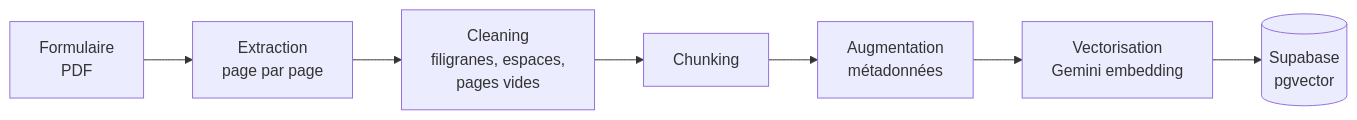
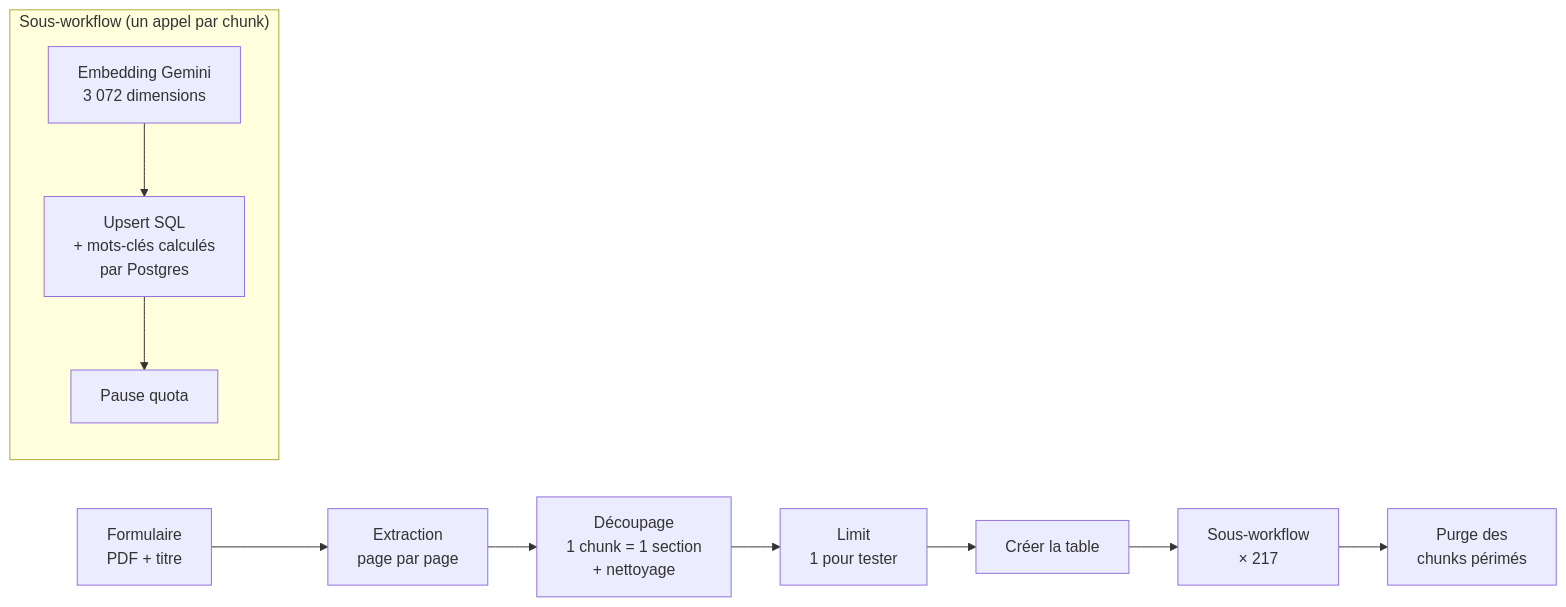
The first of 2 diagrams in README.md (noenoenoenoenoe/m2-n8n), drawn with Mermaid before and after one commit. The commit also changed other lines of this file, not shown here.

````diff
--- a/README.md
+++ b/README.md
@@ -22,9 +39,12 @@
 ```mermaid
 flowchart LR
-    A[Formulaire<br/>PDF] --> B[Extraction<br/>page par page]
-    B --> C[Cleaning<br/>filigranes, espaces,<br/>pages vides]
-    C --> D[Chunking]
-    D --> E[Augmentation<br/>métadonnées]
-    E --> F[Vectorisation<br/>Gemini embedding]
-    F --> G[(Supabase<br/>pgvector)]
+    A[Formulaire<br/>PDF + titre] --> B[Extraction<br/>page par page]
+    B --> C[Découpage<br/>1 chunk = 1 section<br/>+ nettoyage]
+    C --> D[Limit<br/>1 pour tester]
+    D --> E[Créer la table]
+    E --> F[Sous-workflow<br/>× 217]
+    F --> P[Purge des<br/>chunks périmés]
+    subgraph "Sous-workflow (un appel par chunk)"
+      F1[Embedding Gemini<br/>3 072 dimensions] --> F2[Upsert SQL<br/>+ mots-clés calculés<br/>par Postgres] --> F3[Pause quota]
+    end
 ```
````
